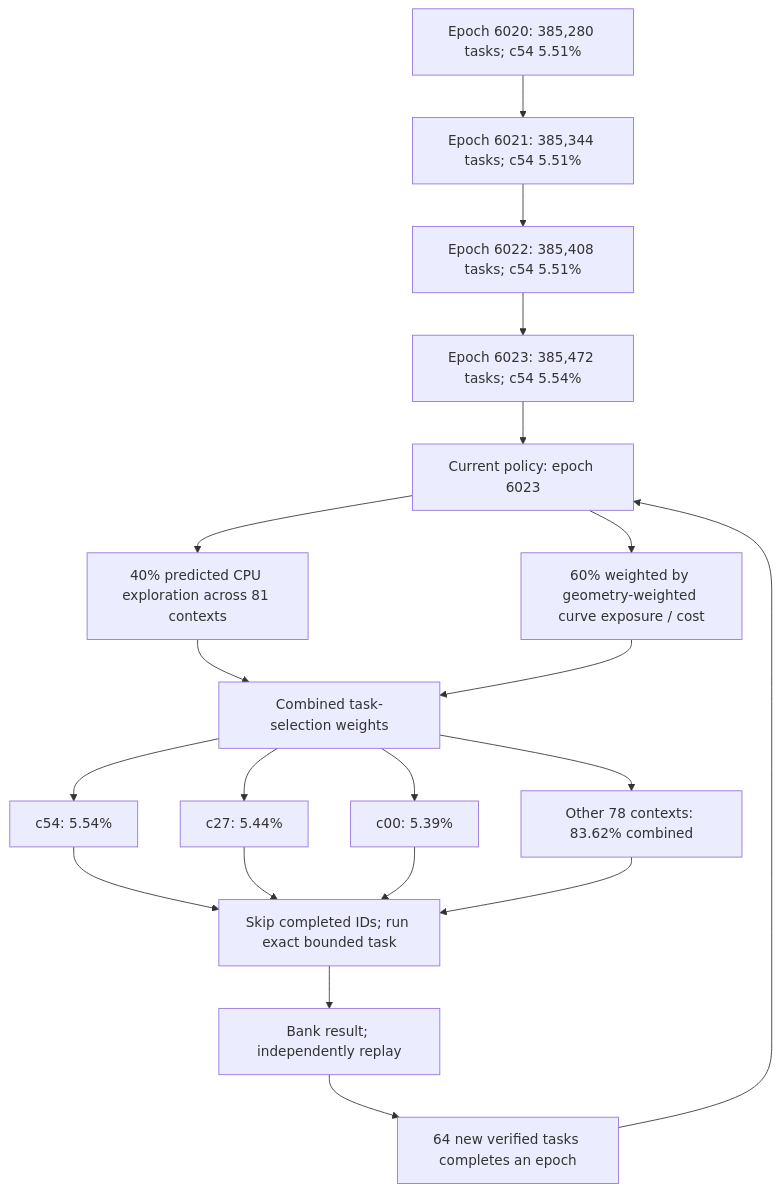
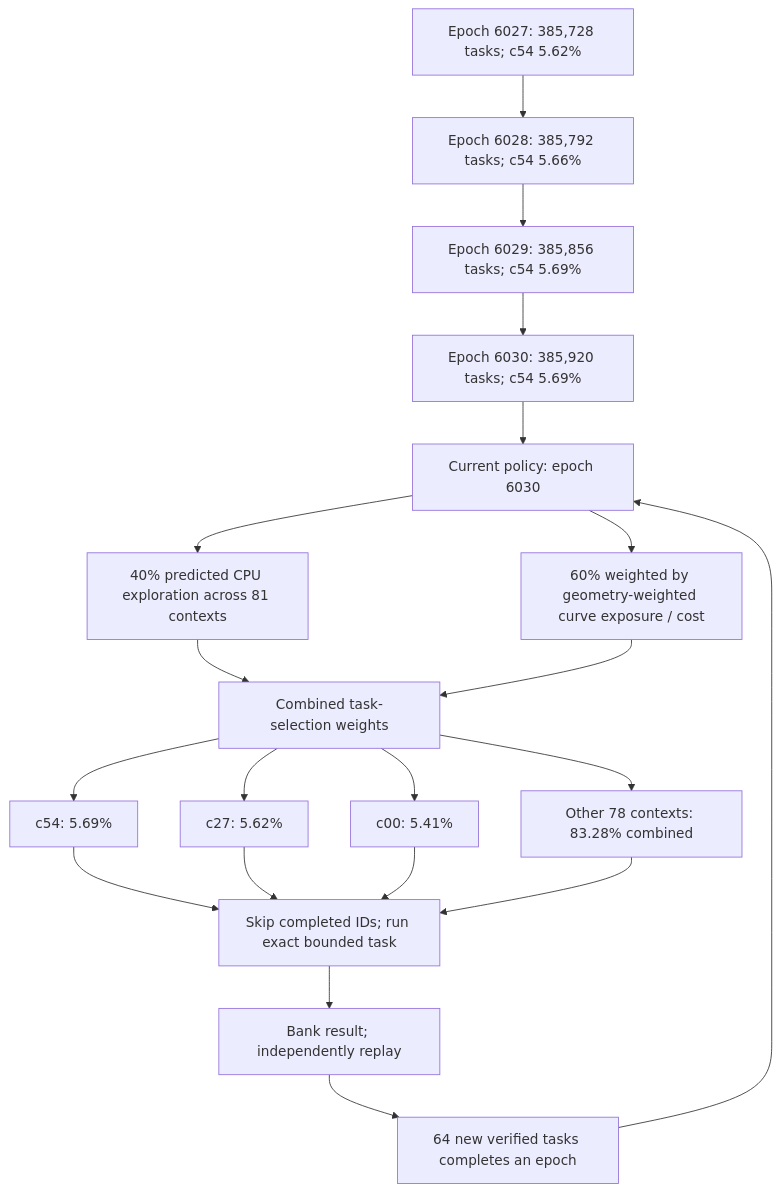
One commit to Kuberwastaken/math-gambling changed the first of 3 diagrams in README.md. Above: the diagram before and after it, drawn with Mermaid. The commit also changed other lines of this file and 1904 other files, not shown here.

````diff
--- a/README.md
+++ b/README.md
@@ -60,27 +60,27 @@
 ```mermaid
 flowchart TD
-    H0["Epoch 6020: 385,280 tasks; c54 5.51%"]
-    H1["Epoch 6021: 385,344 tasks; c54 5.51%"]
+    H0["Epoch 6027: 385,728 tasks; c54 5.62%"]
+    H1["Epoch 6028: 385,792 tasks; c54 5.66%"]
     H0 --> H1
-    H2["Epoch 6022: 385,408 tasks; c54 5.51%"]
+    H2["Epoch 6029: 385,856 tasks; c54 5.69%"]
     H1 --> H2
-    H3["Epoch 6023: 385,472 tasks; c54 5.54%"]
+    H3["Epoch 6030: 385,920 tasks; c54 5.69%"]
     H2 --> H3
-    Policy["Current policy: epoch 6023"]
+    Policy["Current policy: epoch 6030"]
     H3 --> Policy
     Policy --> Explore["40% predicted CPU exploration across 81 contexts"]
     Policy --> Cost["60% weighted by geometry-weighted curve exposure / cost"]
     Explore --> Mix["Combined task-selection weights"]
     Cost --> Mix
-    Mix --> C0["c54: 5.54%"]
-    Mix --> C1["c27: 5.44%"]
-    Mix --> C2["c00: 5.39%"]
-    Mix --> Rest["Other 78 contexts: 83.62% combined"]
+    Mix --> C0["c54: 5.69%"]
+    Mix --> C1["c27: 5.62%"]
+    Mix --> C2["c00: 5.41%"]
+    Mix --> Rest["Other 78 contexts: 83.28% combined"]
     C0 --> Check["Skip completed IDs; run exact bounded task"]
     C1 --> Check
     C2 --> Check
     Rest --> Check
     Check --> Replay["Bank result; independently replay"]
     Replay --> Gate["64 new verified tasks completes an epoch"]
     Gate --> Policy
 ```
````
